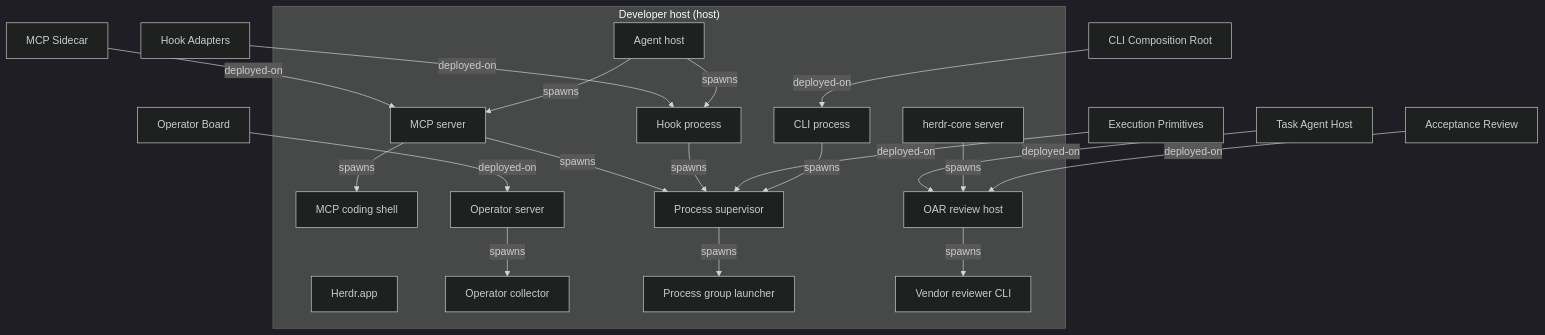
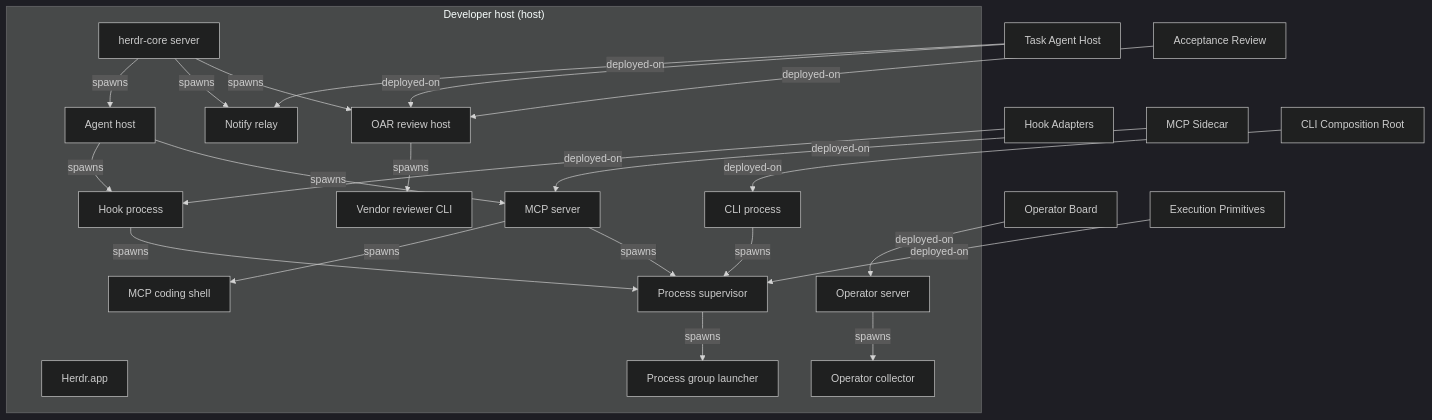
One commit to Ancienttwo/repo-harness changed the diagram in docs/architecture/diagrams/runtime-topology.mmd. Above: the diagram before and after it, drawn with Mermaid (dark theme). The commit also changed 3 other files, not shown here.

Commit message:
docs(architecture): project the notify relay and seat agent topology (#1483)

```diff
--- a/docs/architecture/diagrams/runtime-topology.mmd
+++ b/docs/architecture/diagrams/runtime-topology.mmd
@@ -1,41 +1,45 @@
 %% Generated by ArchContext. Native model remains source of truth.
 flowchart TB
   subgraph namespace_host_developer["Developer host (host)"]
     process_agent_host["Agent host"]
     process_cli["CLI process"]
     process_herdr_app["Herdr.app"]
     process_herdr_core_server["herdr-core server"]
     process_hook["Hook process"]
     process_mcp_coding_shell["MCP coding shell"]
     process_mcp_server["MCP server"]
+    process_notify_relay["Notify relay"]
     process_oar_review_host["OAR review host"]
     process_operator_collector["Operator collector"]
     process_operator_server["Operator server"]
     process_process_group_launcher["Process group launcher"]
     process_process_supervisor["Process supervisor"]
     process_vendor_cli["Vendor reviewer CLI"]
   end
   capability_runtime_harness_hook_adapters["Hook Adapters"]
   capability_runtime_harness_mcp_sidecar["MCP Sidecar"]
   capability_runtime_harness_operator["Operator Board"]
   capability_runtime_harness_task_agent_host["Task Agent Host"]
   capability_verification_acceptance_review["Acceptance Review"]
   capability_workflow_engine_execution_primitives["Execution Primitives"]
   component_global_runtime_reconciliation_cli_root["CLI Composition Root"]
   capability_verification_acceptance_review -->|"deployed-on"| process_oar_review_host
   process_agent_host -->|"spawns"| process_hook
   process_agent_host -->|"spawns"| process_mcp_server
   component_global_runtime_reconciliation_cli_root -->|"deployed-on"| process_cli
   process_cli -->|"spawns"| process_process_supervisor
   capability_workflow_engine_execution_primitives -->|"deployed-on"| process_process_supervisor
+  process_herdr_core_server -->|"spawns"| process_agent_host
+  process_herdr_core_server -->|"spawns"| process_notify_relay
   process_herdr_core_server -->|"spawns"| process_oar_review_host
   capability_runtime_harness_hook_adapters -->|"deployed-on"| process_hook
   process_hook -->|"spawns"| process_process_supervisor
   process_mcp_server -->|"spawns"| process_mcp_coding_shell
   process_mcp_server -->|"spawns"| process_process_supervisor
   capability_runtime_harness_mcp_sidecar -->|"deployed-on"| process_mcp_server
   process_oar_review_host -->|"spawns"| process_vendor_cli
   process_operator_server -->|"spawns"| process_operator_collector
   capability_runtime_harness_operator -->|"deployed-on"| process_operator_server
   process_process_supervisor -->|"spawns"| process_process_group_launcher
+  capability_runtime_harness_task_agent_host -->|"deployed-on"| process_notify_relay
   capability_runtime_harness_task_agent_host -->|"deployed-on"| process_oar_review_host
```
